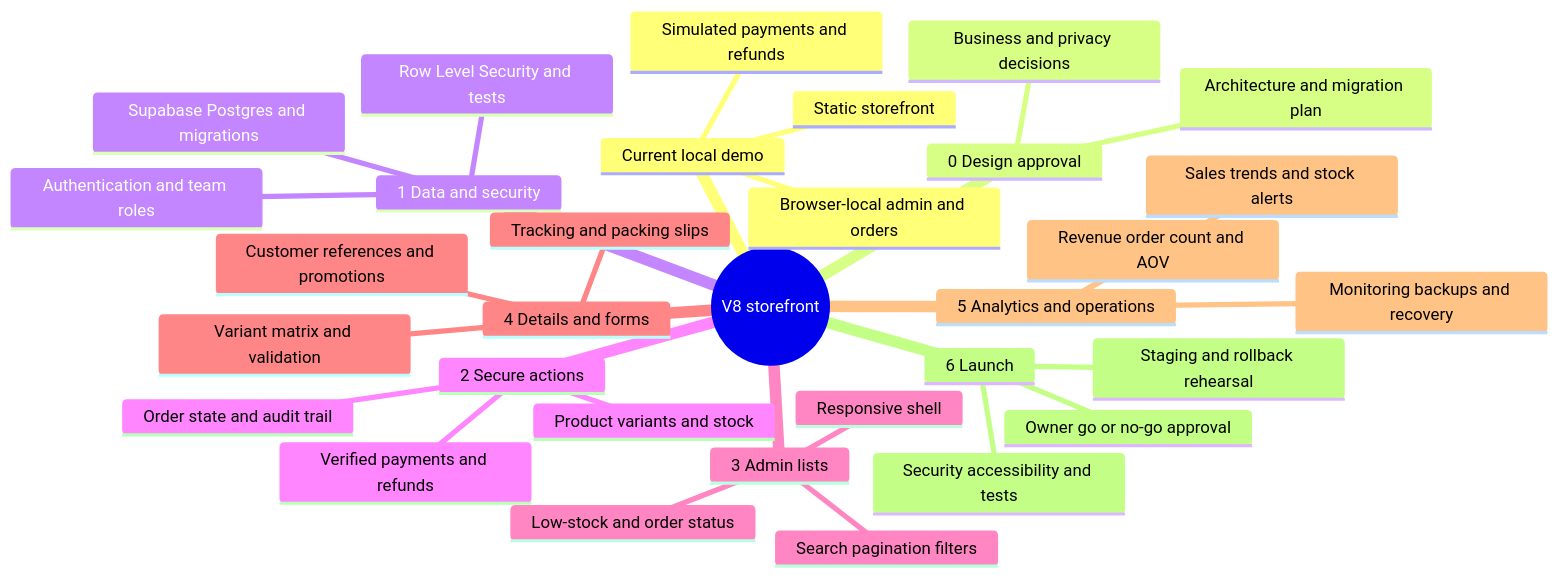
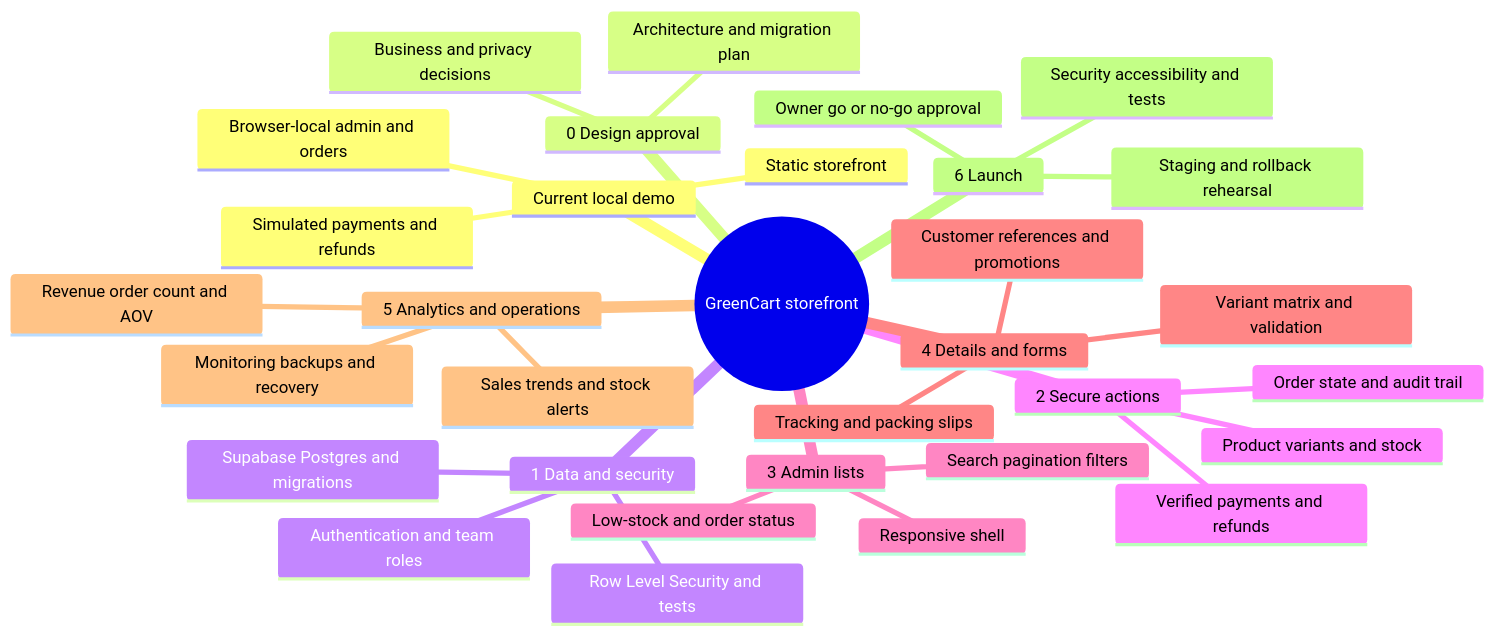
The diagram in MINDMAP.md (Immanuel9567/e-commerce-proj), drawn with Mermaid before and after one commit. The commit also changed 14 other files, not shown here.

First line of the commit message:
Rebrand to GreenCart and finish CI housekeeping

````diff
--- a/MINDMAP.md
+++ b/MINDMAP.md
@@ -5,35 +5,35 @@
 ```mermaid
 mindmap
-  root((V8 storefront))
+  root((GreenCart storefront))
     Current local demo
       Static storefront
       Browser-local admin and orders
       Simulated payments and refunds
     0 Design approval
       Business and privacy decisions
       Architecture and migration plan
     1 Data and security
       Supabase Postgres and migrations
       Authentication and team roles
       Row Level Security and tests
     2 Secure actions
       Product variants and stock
       Order state and audit trail
       Verified payments and refunds
     3 Admin lists
       Responsive shell
       Search pagination filters
       Low-stock and order status
     4 Details and forms
       Variant matrix and validation
       Tracking and packing slips
       Customer references and promotions
     5 Analytics and operations
       Revenue order count and AOV
       Sales trends and stock alerts
       Monitoring backups and recovery
     6 Launch
       Security accessibility and tests
       Staging and rollback rehearsal
       Owner go or no-go approval
 ```
````
